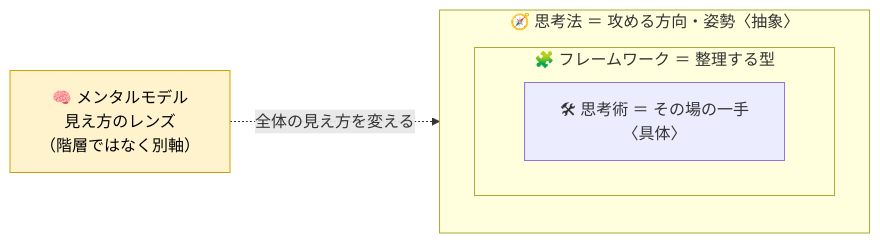
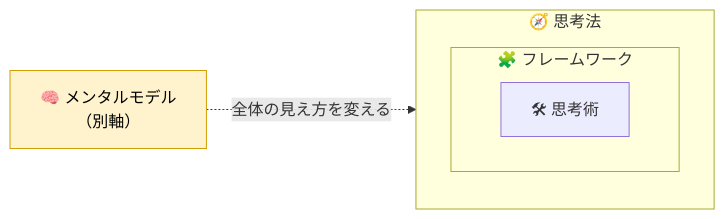
Before and after one commit to snamiki1212/awesome-thinking: the diagram in README.md, drawn with Mermaid.

Commit message:
mermaidのノード説明を削りタイプ名のみに簡素化
「フレームワーク＝整理する型」などの説明は上の比較表と重複するため削除。
図は包含関係の構造だけを示し、説明は表に委ねる。

````diff
--- a/README.md
+++ b/README.md
@@ -18,12 +18,12 @@
 ```mermaid
 flowchart LR
-    L["🧠 メンタルモデル<br/>見え方のレンズ<br/>（階層ではなく別軸）"]
-    subgraph M["🧭 思考法 ＝ 攻める方向・姿勢〈抽象〉"]
+    L["🧠 メンタルモデル<br/>（別軸）"]
+    subgraph M["🧭 思考法"]
         direction TB
-        subgraph F["🧩 フレームワーク ＝ 整理する型"]
-            S["🛠 思考術 ＝ その場の一手〈具体〉"]
+        subgraph F["🧩 フレームワーク"]
+            S["🛠 思考術"]
         end
     end
     L -. 全体の見え方を変える .-> M
     style L fill:#fff3cd,stroke:#d39e00,color:#000
 ```
````
